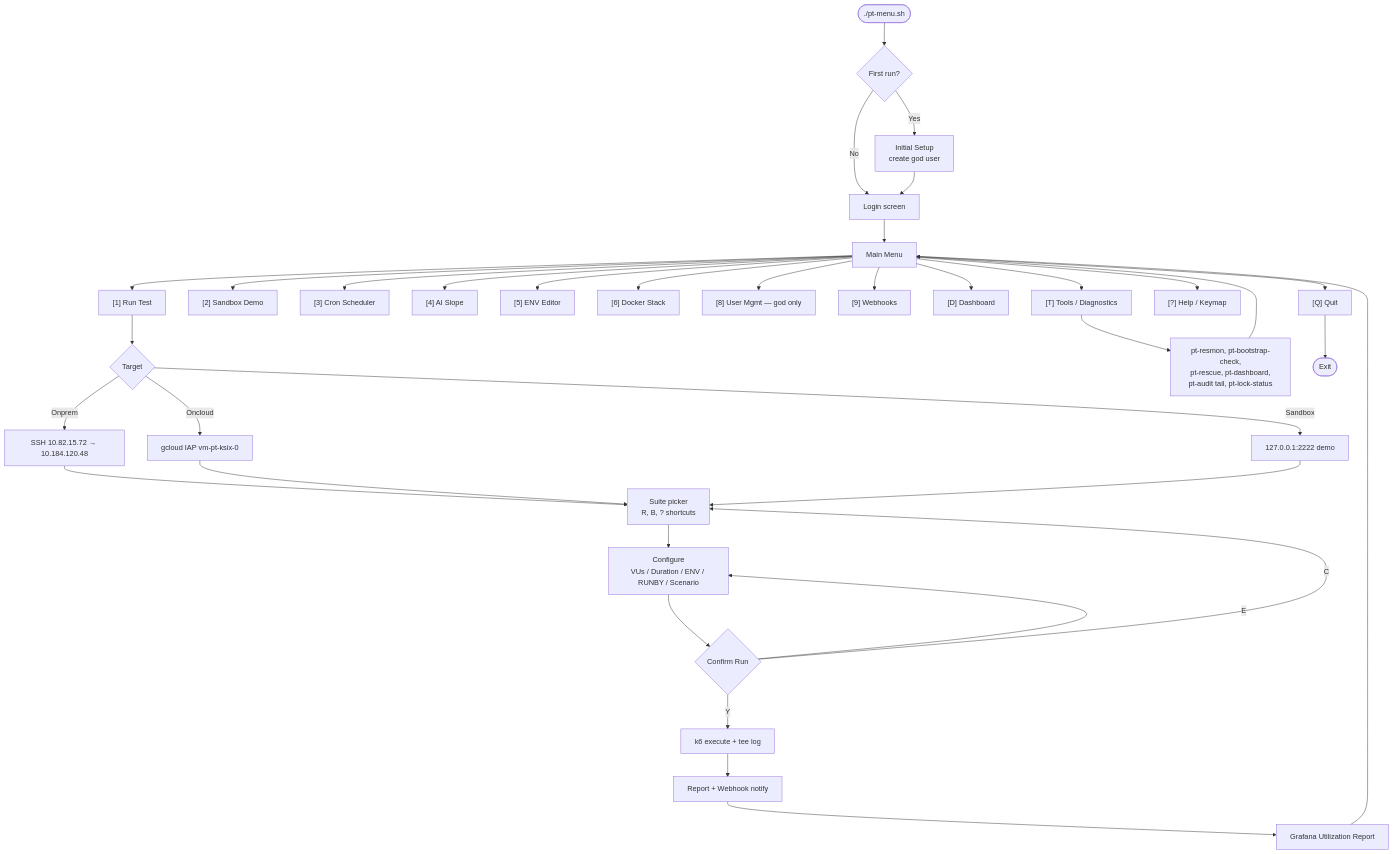
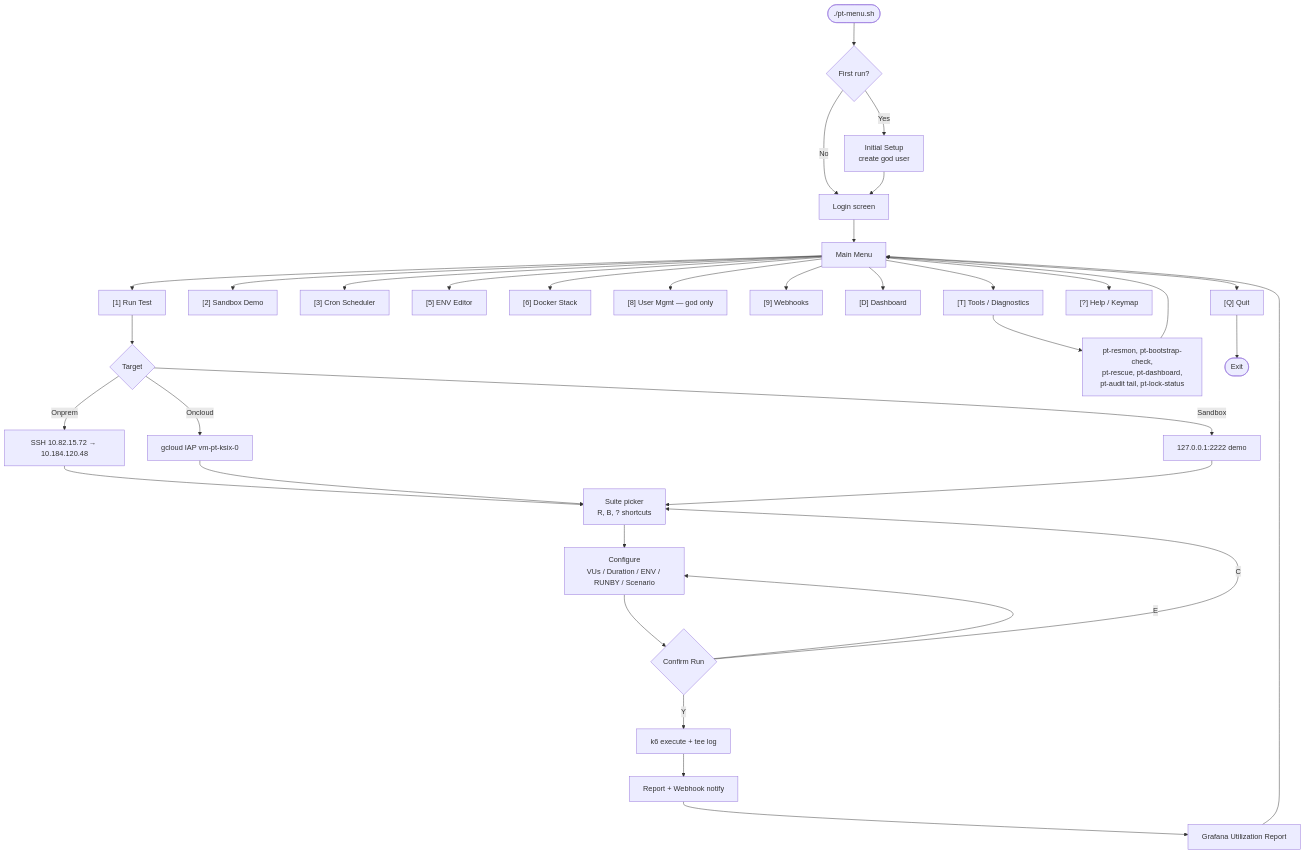
The first of 4 diagrams in AGENTS.md (termaulmaul/growin_performancetest), drawn with Mermaid before and after one commit. The commit also changed 2 other files, not shown here.

Commit message:
docs: remove deprecated AI Slope menu references to reflect current state

````diff
--- a/AGENTS.md
+++ b/AGENTS.md
@@ -46,43 +46,42 @@
 ```mermaid
 graph TD
     Start(["./pt-menu.sh"]) --> Auth{First run?}
     Auth -- Yes --> Bootstrap["Initial Setup<br/>create god user"]
     Auth -- No --> Login["Login screen"]
     Bootstrap --> Login
     Login --> Main["Main Menu"]
 
     Main --> M1["[1] Run Test"]
     Main --> M2["[2] Sandbox Demo"]
     Main --> M3["[3] Cron Scheduler"]
-    Main --> M4["[4] AI Slope"]
     Main --> M5["[5] ENV Editor"]
     Main --> M6["[6] Docker Stack"]
     Main --> M8["[8] User Mgmt — god only"]
     Main --> M9["[9] Webhooks"]
     Main --> MD["[D] Dashboard"]
     Main --> MT["[T] Tools / Diagnostics"]
     Main --> MH["[?] Help / Keymap"]
     Main --> MQ["[Q] Quit"]
 
     M1 --> T1{Target}
     T1 -- Onprem --> O1["SSH 10.82.15.72 → 10.184.120.48"]
     T1 -- Oncloud --> O2["gcloud IAP vm-pt-ksix-0"]
     T1 -- Sandbox --> O3["127.0.0.1:2222 demo"]
 
     O1 --> SP["Suite picker<br/>R, B, ? shortcuts"]
     O2 --> SP
     O3 --> SP
 
     SP --> CFG["Configure<br/>VUs / Duration / ENV / RUNBY / Scenario"]
     CFG --> CR{Confirm Run}
     CR -- Y --> EXE["k6 execute + tee log"]
     CR -- E --> CFG
     CR -- C --> SP
 
     EXE --> RPT["Report + Webhook notify"]
     RPT --> GRAF["Grafana Utilization Report"]
     GRAF --> Main
     MT --> Tools["pt-resmon, pt-bootstrap-check,<br/>pt-rescue, pt-dashboard,<br/>pt-audit tail, pt-lock-status"]
     Tools --> Main
     MQ --> End(["Exit"])
 ```
````
